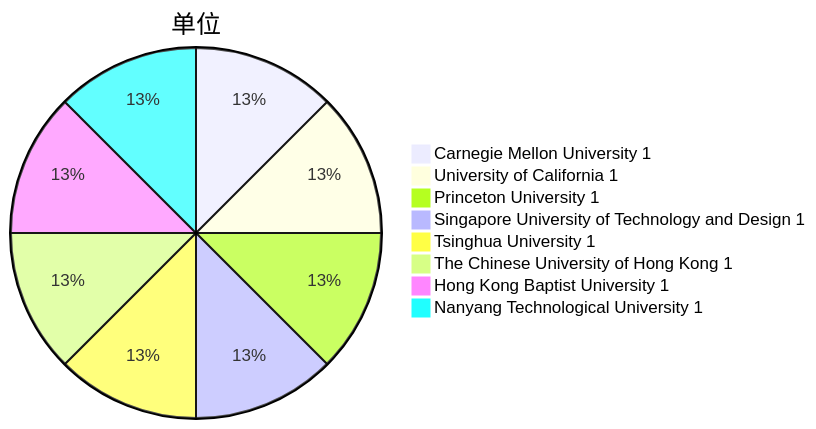
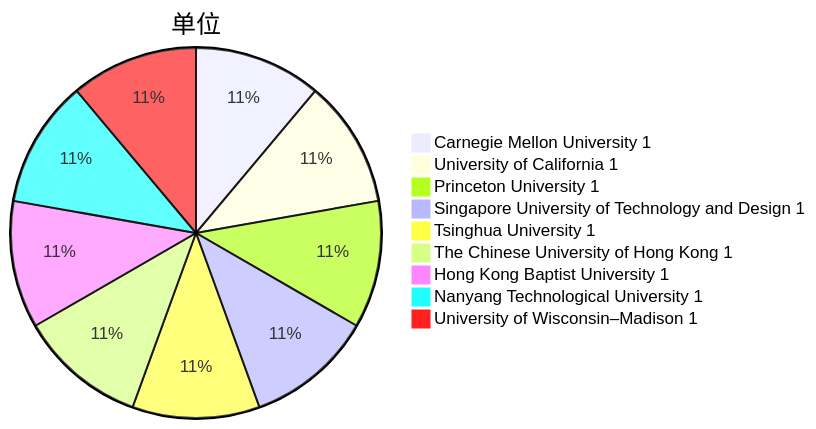
One commit to Elephant-King9/Paper changed the third of 5 diagrams in Attack/Jailbreak/analyse.md. Above: the diagram before and after it, drawn with Mermaid. The commit also changed other lines of this file and 5 other files, not shown here.

````diff
--- a/Attack/Jailbreak/analyse.md
+++ b/Attack/Jailbreak/analyse.md
@@ -38,11 +40,12 @@
 ```mermaid
 pie title 单位
     "Carnegie Mellon University 1" : 1
     "University of California 1" : 1
     "Princeton University 1" : 1
     "Singapore University of Technology and Design 1 " : 1
     "Tsinghua University 1" : 1
     "The Chinese University of Hong Kong 1" : 1
     "Hong Kong Baptist University 1" : 1
     "Nanyang Technological University 1" : 1
+    "University of Wisconsin–Madison 1" : 1
 ```
````
